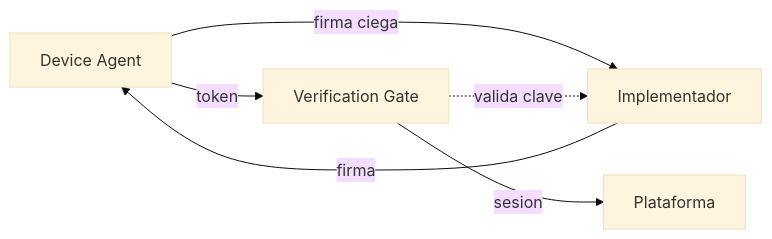
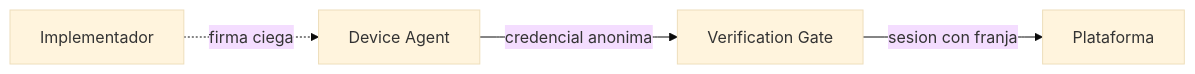
The first of 4 diagrams in README.md (jorgej-ramos/AAVP), drawn with Mermaid (base theme) before and after one commit. The commit also changed other lines of this file and 1 other file, not shown here.

````diff
--- a/README.md
+++ b/README.md
@@ -126,8 +75,6 @@
 ```mermaid
 graph LR
-    DA[Device Agent] -->|firma ciega| IM[Implementador]
-    IM -->|firma| DA
-    DA -->|token| VG[Verification Gate]
-    VG -.->|valida clave| IM
-    VG -->|sesion| APP[Plataforma]
+    DA[Device Agent] -->|credencial anonima| VG[Verification Gate]
+    VG -->|sesion con franja| APP[Plataforma]
+    IM[Implementador] -.->|firma ciega| DA
 ```
````
